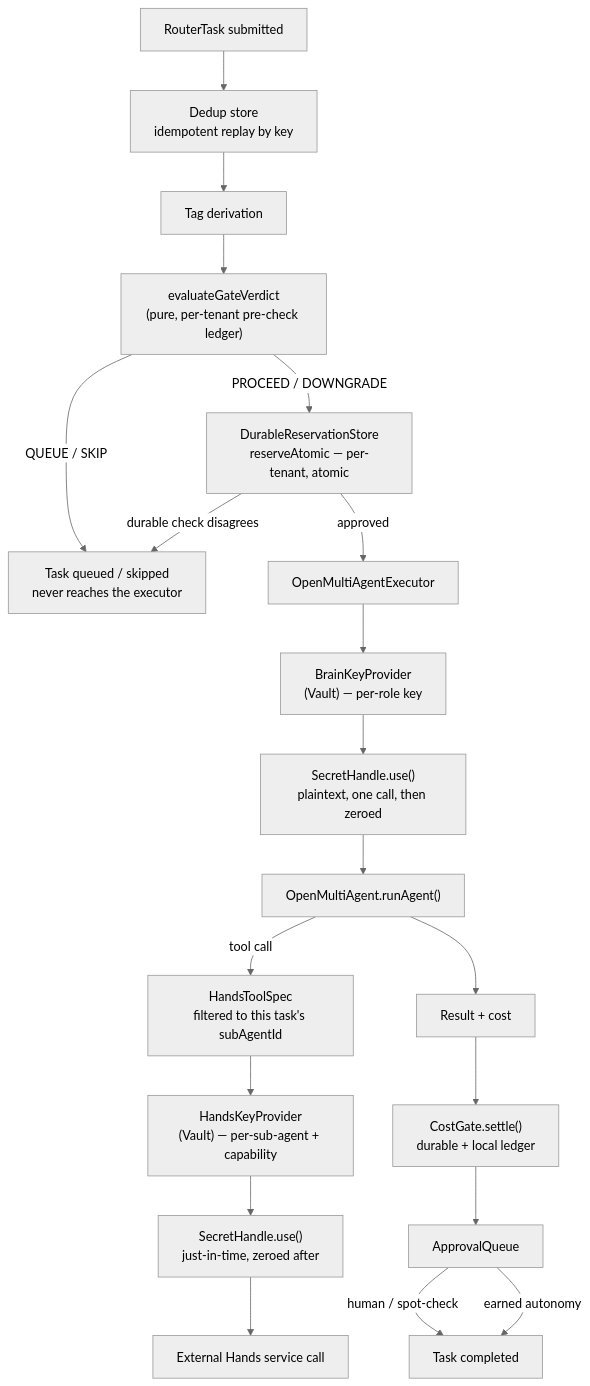
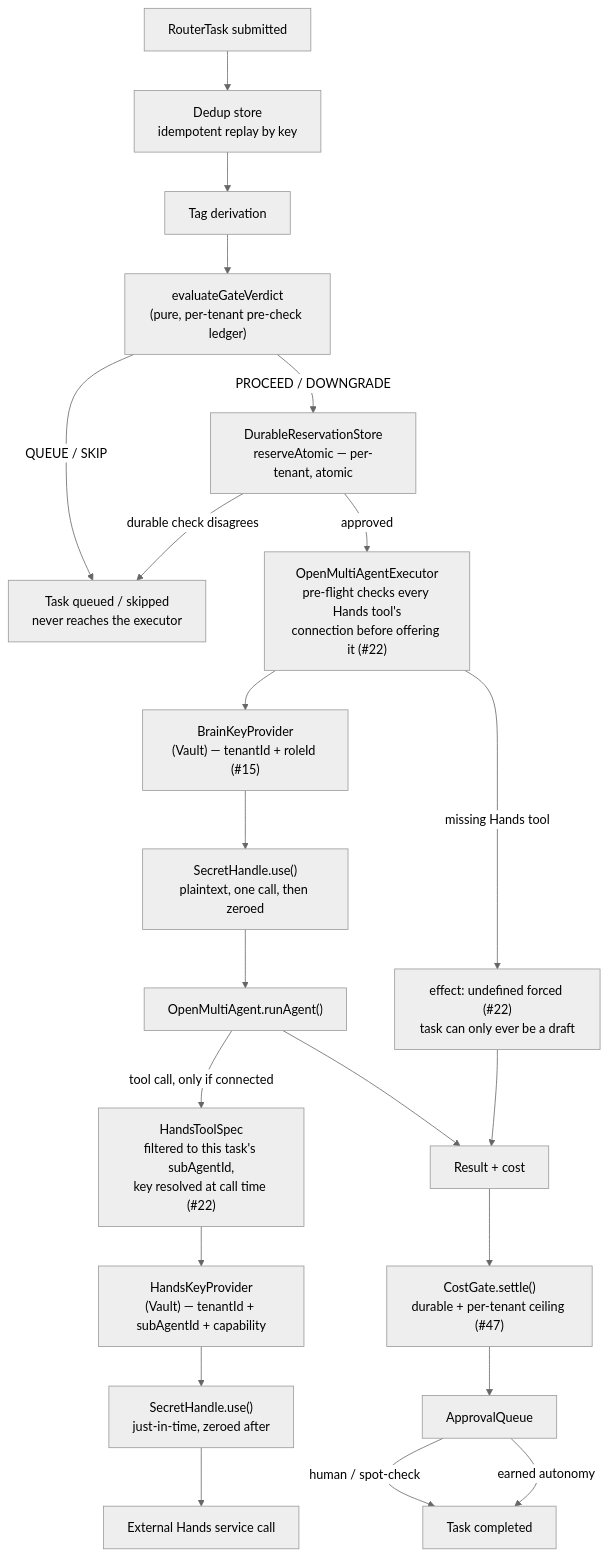
The third of 5 diagrams in docs/architecture/system-architecture.md (veltrixnextgen-arch/byok-business-autopilot), drawn with Mermaid (neutral theme) before and after one commit. The commit also changed other lines of this file and 1 other file, not shown here.

First line of the commit message:
Regenerate system-architecture.md through PR #94/#95/#96; require regen on trust-core/data-model/flow PRs

````diff
--- a/docs/architecture/system-architecture.md
+++ b/docs/architecture/system-architecture.md
@@ -101,22 +107,24 @@
 ```mermaid
 flowchart TB
     T["RouterTask submitted"] --> DD["Dedup store\nidempotent replay by key"]
     DD --> TAG["Tag derivation"]
     TAG --> PRE["evaluateGateVerdict\n(pure, per-tenant pre-check ledger)"]
     PRE -->|PROCEED / DOWNGRADE| DRS["DurableReservationStore\nreserveAtomic — per-tenant, atomic"]
     PRE -->|QUEUE / SKIP| STOP1["Task queued / skipped\nnever reaches the executor"]
     DRS -->|durable check disagrees| STOP1
-    DRS -->|approved| EXE["OpenMultiAgentExecutor"]
-    EXE --> BKP["BrainKeyProvider\n(Vault) — per-role key"]
+    DRS -->|approved| EXE["OpenMultiAgentExecutor\npre-flight checks every Hands tool's\nconnection before offering it (#22)"]
+    EXE --> BKP["BrainKeyProvider\n(Vault) — tenantId + roleId (#15)"]
     BKP --> SH1["SecretHandle.use()\nplaintext, one call, then zeroed"]
     SH1 --> OMA["OpenMultiAgent.runAgent()"]
-    OMA -->|tool call| HTS["HandsToolSpec\nfiltered to this task's subAgentId"]
-    HTS --> HKP["HandsKeyProvider\n(Vault) — per-sub-agent + capability"]
+    OMA -->|tool call, only if connected| HTS["HandsToolSpec\nfiltered to this task's subAgentId,\nkey resolved at call time (#22)"]
+    HTS --> HKP["HandsKeyProvider\n(Vault) — tenantId + subAgentId + capability"]
     HKP --> SH2["SecretHandle.use()\njust-in-time, zeroed after"]
     SH2 --> SVC["External Hands service call"]
+    EXE -->|missing Hands tool| DRAFT["effect: undefined forced (#22)\ntask can only ever be a draft"]
     OMA --> RES["Result + cost"]
-    RES --> SETTLE["CostGate.settle()\ndurable + local ledger"]
+    DRAFT --> RES
+    RES --> SETTLE["CostGate.settle()\ndurable + per-tenant ceiling (#47)"]
     SETTLE --> AQ["ApprovalQueue"]
     AQ -->|human / spot-check| DONE["Task completed"]
     AQ -->|earned autonomy| DONE
 ```
````
